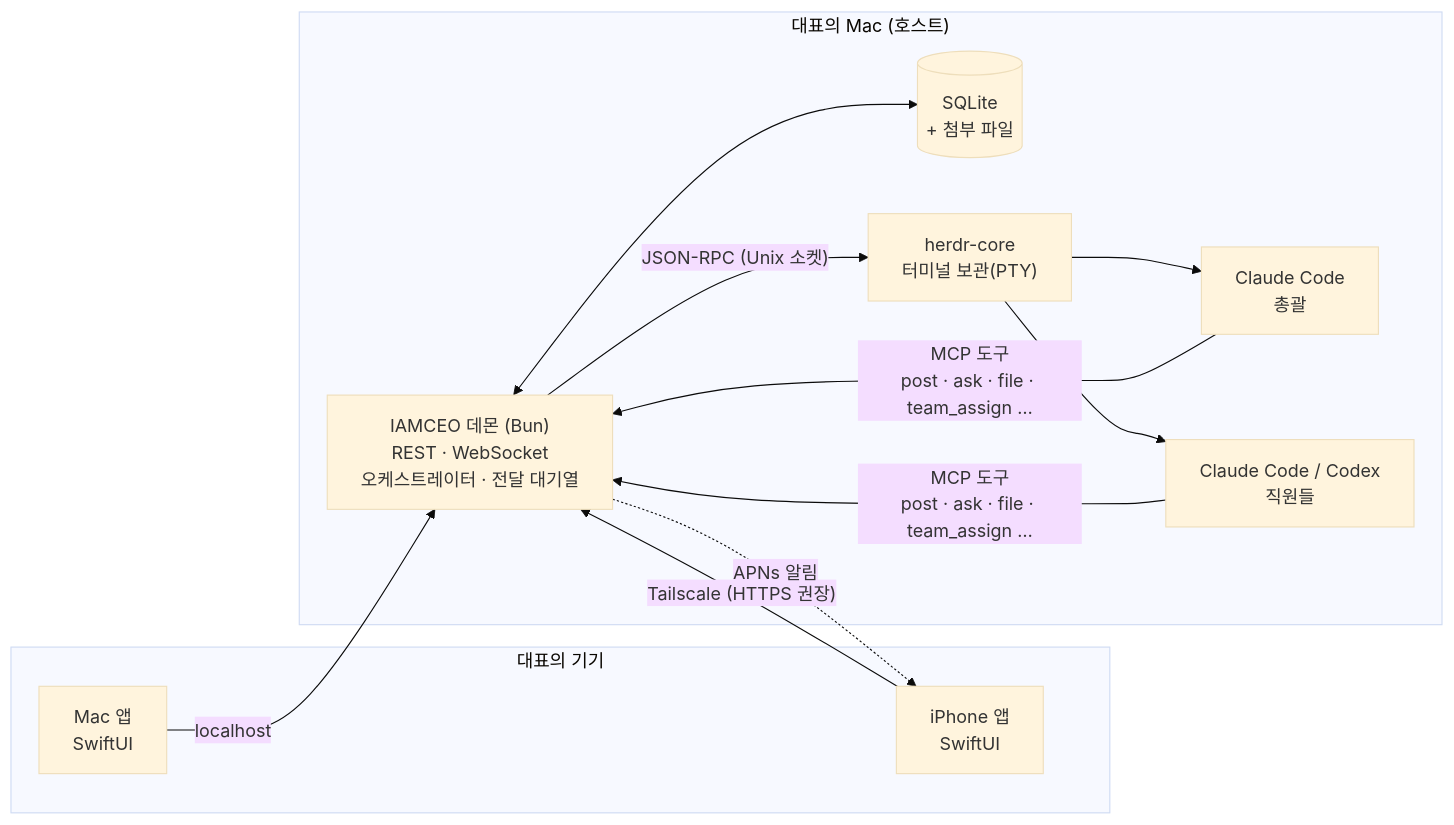
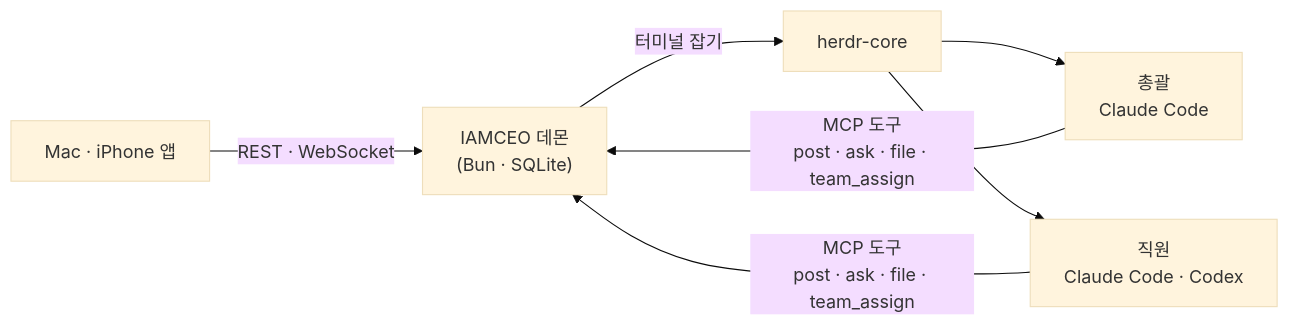
Before and after one commit to yehsung/IAMCEO: the diagram in README.ko.md, drawn with Mermaid (base theme). The commit also changed other lines of this file and 7 other files, not shown here.

````diff
--- a/README.ko.md
+++ b/README.ko.md
@@ -109,21 +65,7 @@
 ```mermaid
 flowchart LR
-    subgraph Devices["대표의 기기"]
-        MAC["Mac 앱<br/>SwiftUI"]
-        IOS["iPhone 앱<br/>SwiftUI"]
-    end
-    subgraph Host["대표의 Mac (호스트)"]
-        D["IAMCEO 데몬 (Bun)<br/>REST · WebSocket<br/>오케스트레이터 · 전달 대기열"]
-        DB[("SQLite<br/>+ 첨부 파일")]
-        CORE["herdr-core<br/>터미널 보관(PTY)"]
-        CLI1["Claude Code<br/>총괄"]
-        CLI2["Claude Code / Codex<br/>직원들"]
-        D <--> DB
-        D -- "JSON-RPC (Unix 소켓)" --> CORE
-        CORE --> CLI1 & CLI2
-        CLI1 & CLI2 -- "MCP 도구<br/>post · ask · file · team_assign …" --> D
-    end
-    MAC -- "localhost" --> D
-    IOS -- "Tailscale (HTTPS 권장)" --> D
-    D -. "APNs 알림" .-> IOS
+    APP["Mac · iPhone 앱"] -- "REST · WebSocket" --> D["IAMCEO 데몬<br/>(Bun · SQLite)"]
+    D -- "터미널 잡기" --> CORE["herdr-core"]
+    CORE --> L["총괄<br/>Claude Code"] & W["직원<br/>Claude Code · Codex"]
+    L & W -- "MCP 도구<br/>post · ask · file · team_assign" --> D
 ```
````
